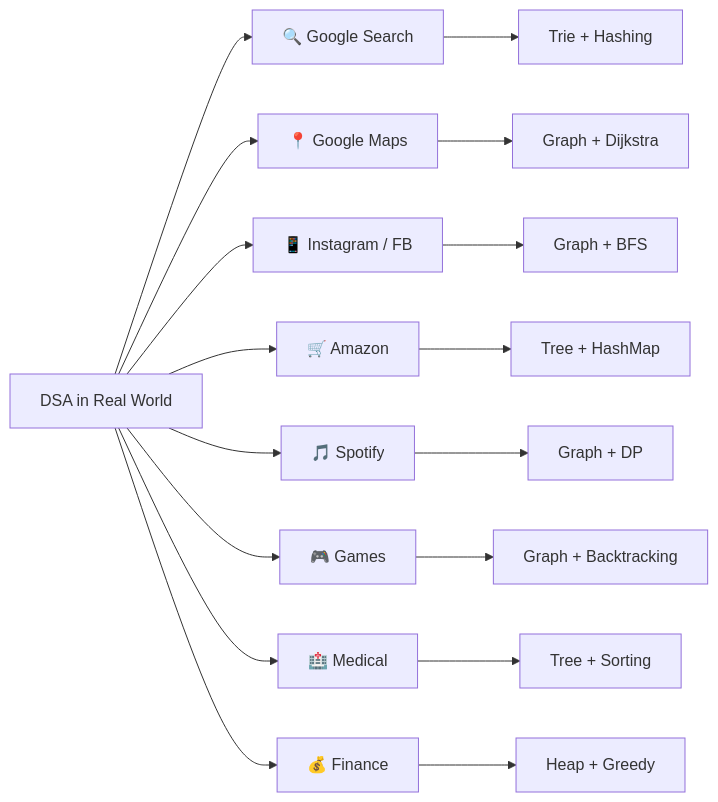
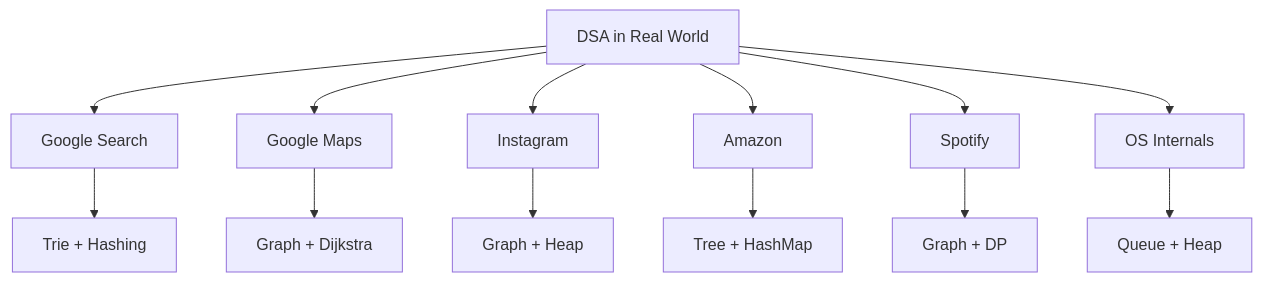
Before and after one commit to Kshitijgul/Notes: the third of 12 diagrams in DSA/01-Introduction.md, drawn with Mermaid. The commit also changed other lines of this file and 1 other file, not shown here.

Commit message:
Update dsa notes

````diff
--- a/DSA/01-Introduction.md
+++ b/DSA/01-Introduction.md
@@ -245,20 +307,16 @@
 ```mermaid
-flowchart LR
-    A[DSA in Real World] --> B[🔍 Google Search]
-    A --> C[📍 Google Maps]
-    A --> D[📱 Instagram / FB]
-    A --> E[🛒 Amazon]
-    A --> F[🎵 Spotify]
-    A --> G[🎮 Games]
-    A --> H[🏥 Medical]
-    A --> I[💰 Finance]
+flowchart TD
+    A[DSA in Real World] --> B[Google Search]
+    A --> C[Google Maps]
+    A --> D[Instagram]
+    A --> E[Amazon]
+    A --> F[Spotify]
+    A --> G[OS Internals]
 
     B --> B1[Trie + Hashing]
     C --> C1[Graph + Dijkstra]
-    D --> D1[Graph + BFS]
+    D --> D1[Graph + Heap]
     E --> E1[Tree + HashMap]
     F --> F1[Graph + DP]
-    G --> G1[Graph + Backtracking]
-    H --> H1[Tree + Sorting]
-    I --> I1[Heap + Greedy]
+    G --> G1[Queue + Heap]
 ```
````
